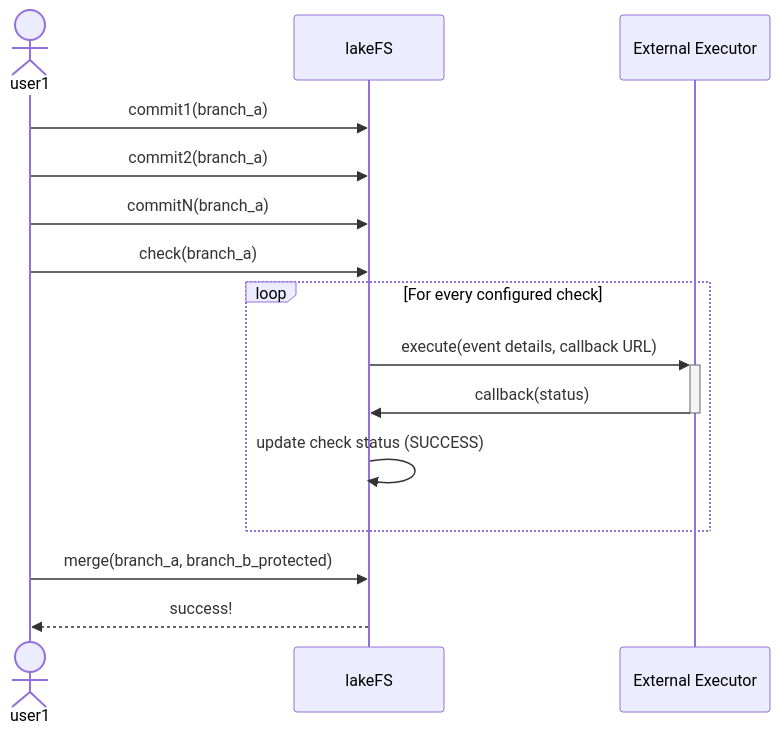
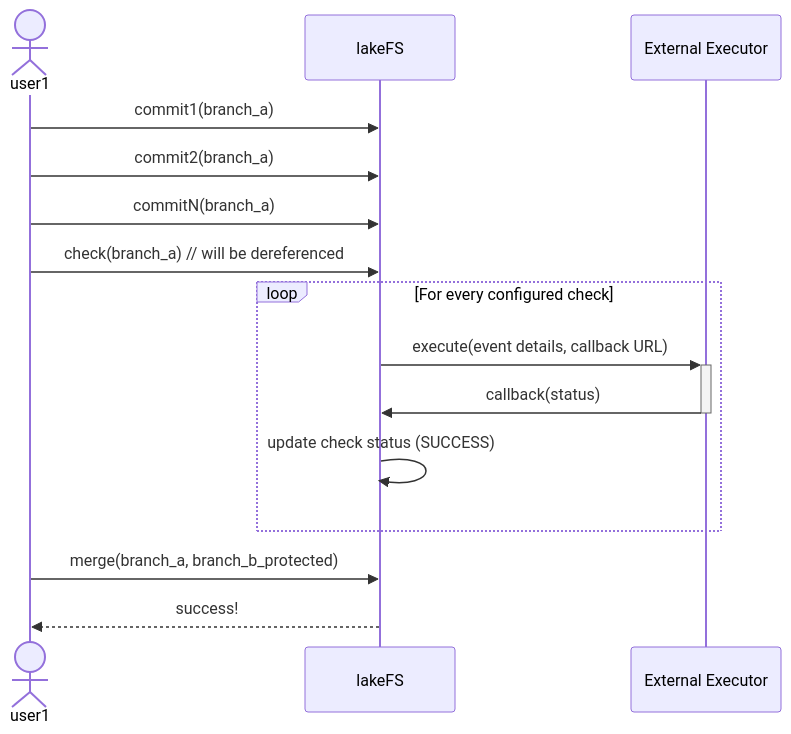
One commit to treeverse/lakeFS changed the first of 2 diagrams in design/open/branch_checks.md. Above: the diagram before and after it, drawn with Mermaid. The commit also changed other lines of this file, not shown here.

````diff
--- a/design/open/branch_checks.md
+++ b/design/open/branch_checks.md
@@ -33,15 +33,15 @@
 ```mermaid
 sequenceDiagram
     Actor user1
     user1->>lakeFS: commit1(branch_a)
     user1->>lakeFS: commit2(branch_a)
     user1->>lakeFS: commitN(branch_a)
-    user1->>lakeFS: check(branch_a)
+    user1->>lakeFS: check(branch_a) // will be dereferenced
     loop For every configured check
       lakeFS->>+External Executor: execute(event details, callback URL)
       External Executor->>-lakeFS: callback(status)
       lakeFS->>lakeFS: update check status (SUCCESS)
     end
     user1->>lakeFS: merge(branch_a, branch_b_protected)
     lakeFS-->>user1: success!
 ```
````
